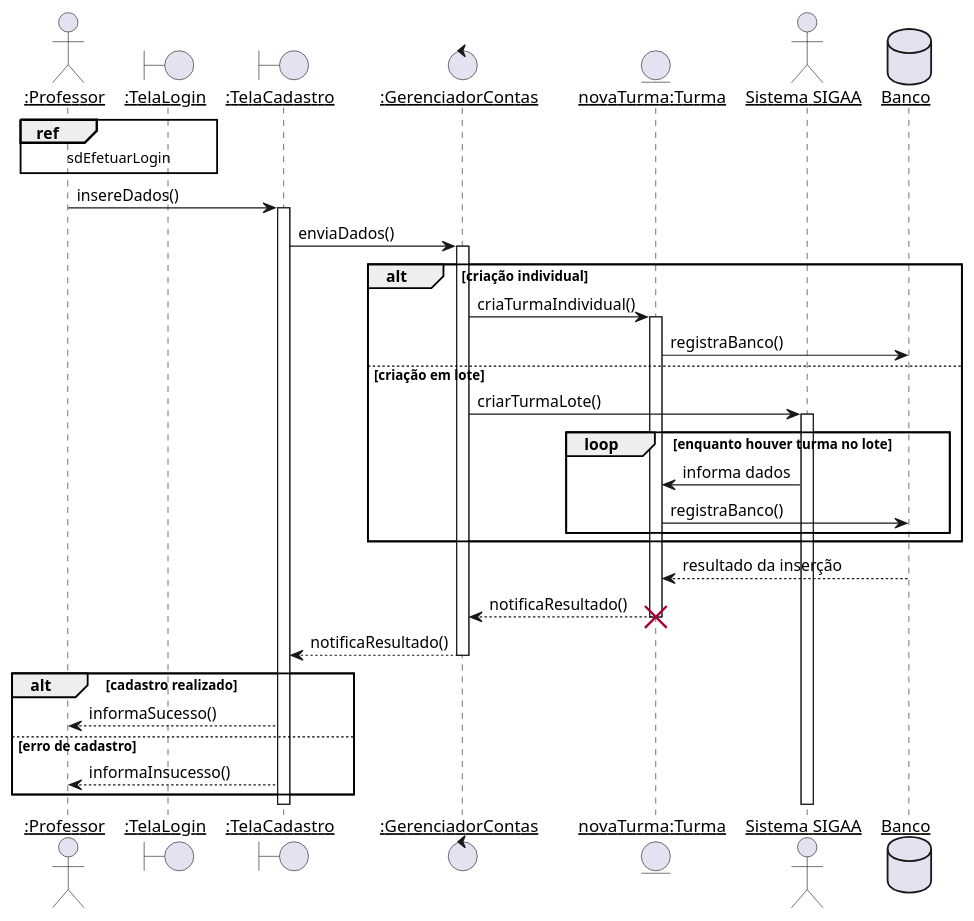
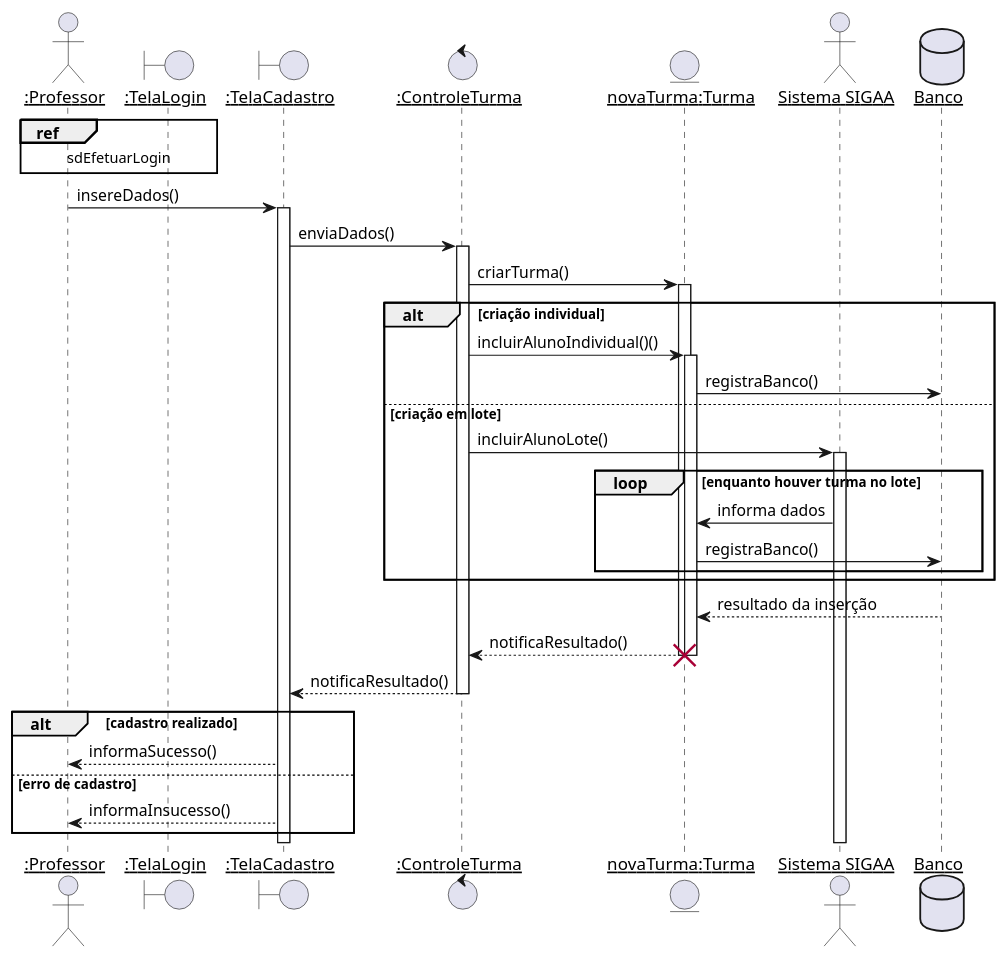
Before and after one commit to Pedro-V/projetorium: the diagram in diagramas/sequencia/manter_turma.puml, drawn with PlantUML. The commit also changed 4 other files, not shown here.

Commit message:
Diagrama de classe de projeto e diagramas de sequência atualizados

```diff
--- a/diagramas/sequencia/manter_turma.puml
+++ b/diagramas/sequencia/manter_turma.puml
@@ -1,35 +1,36 @@
 @startuml
 skinparam sequenceParticipant underline
 
 actor ":Professor"  as Professor
 boundary ":TelaLogin"   as TelaLogin
 boundary ":TelaCadastro"    as TelaCadastro
-control ":GerenciadorContas" as GerenciadorContas
+control ":ControleTurma" as ControleTurma
 entity "novaTurma:Turma" as novaTurma
 actor "Sistema SIGAA" as SIGAA
 database Banco
 
 ref over Professor, TelaLogin : sdEfetuarLogin
 Professor -> TelaCadastro ++: insereDados()
-TelaCadastro -> GerenciadorContas ++: enviaDados()
-alt criação individual
-    GerenciadorContas -> novaTurma ++: criaTurmaIndividual()
+TelaCadastro -> ControleTurma ++: enviaDados()
+ControleTurma -> novaTurma ++: criarTurma()
+alt criação individual 
+    ControleTurma -> novaTurma ++: incluirAlunoIndividual()()
     novaTurma -> Banco : registraBanco()
 else criação em lote
-    GerenciadorContas -> SIGAA ++: criarTurmaLote()
+    ControleTurma -> SIGAA ++: incluirAlunoLote()
     loop enquanto houver turma no lote
         SIGAA -> novaTurma : informa dados
         novaTurma -> Banco : registraBanco()
     end
 end
 Banco --> novaTurma : resultado da inserção
-novaTurma --> GerenciadorContas --: notificaResultado()
+novaTurma --> ControleTurma --: notificaResultado()
 destroy novaTurma
-GerenciadorContas --> TelaCadastro --: notificaResultado()
+ControleTurma --> TelaCadastro --: notificaResultado()
 
 alt cadastro realizado
     TelaCadastro --> Professor : informaSucesso()
 else erro de cadastro
     TelaCadastro --> Professor : informaInsucesso()
 end
 @enduml
```
